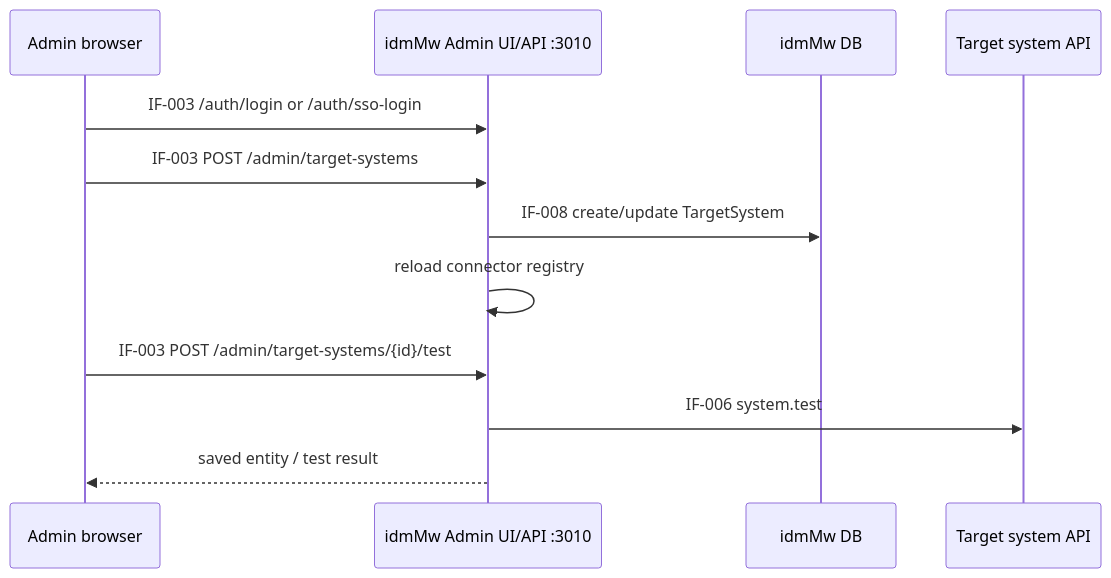
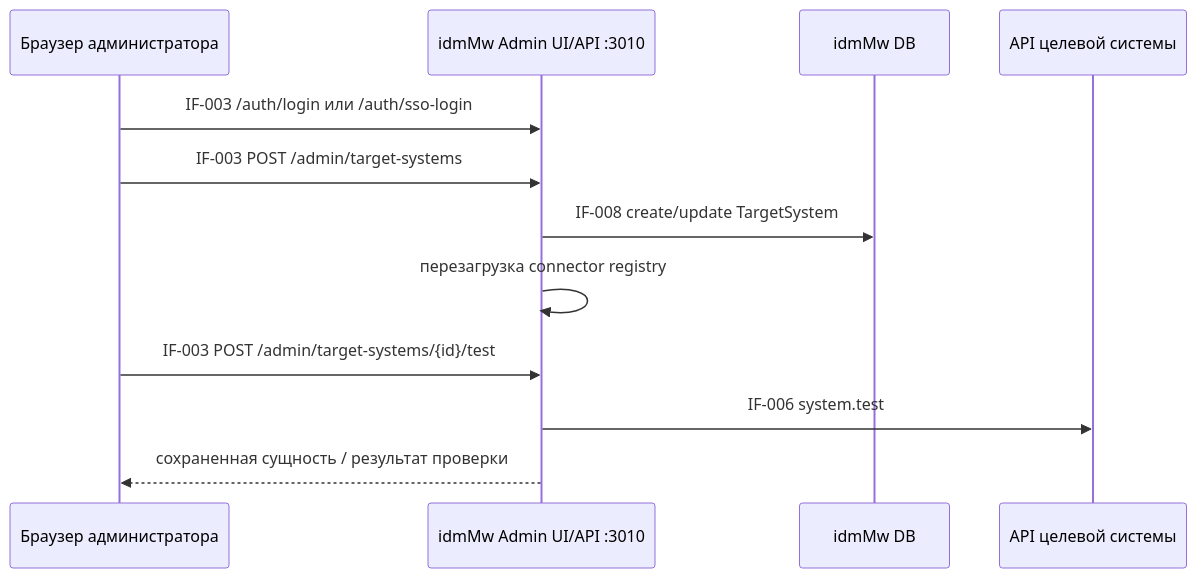
One commit to igorlyapin-max/idmMw changed the third of 5 diagrams in aa/business-processes.md. Above: the diagram before and after it, drawn with Mermaid. The commit also changed other lines of this file and 11 other files, not shown here.

Commit message:
docs: translate architecture artifacts to Russian

````diff
--- a/aa/business-processes.md
+++ b/aa/business-processes.md
@@ -68,15 +69,15 @@
 ```mermaid
 sequenceDiagram
-  participant Browser as Admin browser
+  participant Browser as Браузер администратора
   participant MW as idmMw Admin UI/API :3010
   participant DB as idmMw DB
-  participant Target as Target system API
+  participant Target as API целевой системы
 
-  Browser->>MW: IF-003 /auth/login or /auth/sso-login
+  Browser->>MW: IF-003 /auth/login или /auth/sso-login
   Browser->>MW: IF-003 POST /admin/target-systems
   MW->>DB: IF-008 create/update TargetSystem
-  MW->>MW: reload connector registry
+  MW->>MW: перезагрузка connector registry
   Browser->>MW: IF-003 POST /admin/target-systems/{id}/test
   MW->>Target: IF-006 system.test
-  MW-->>Browser: saved entity / test result
+  MW-->>Browser: сохраненная сущность / результат проверки
 ```
````
